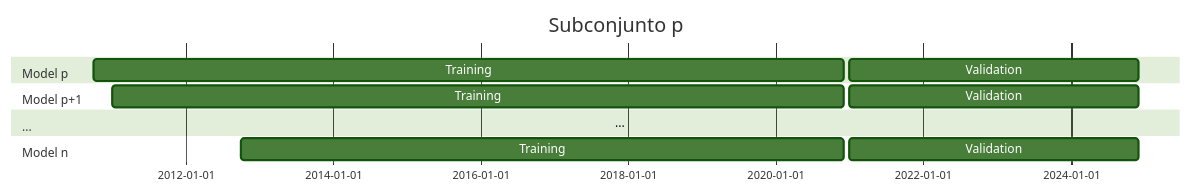
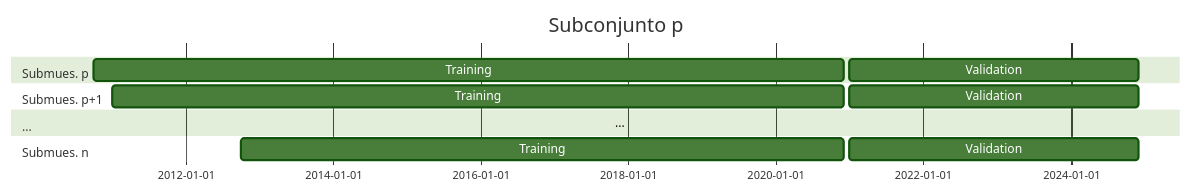
One commit to DIE-BG/DIE-BG.github.io changed the third of 3 diagrams in hefm/results/SVAR50_4B/SVAR50_forecast_OS_initialEstPeriod/forecast_OS_initialEstPeriod.qmd. Above: the diagram before and after it, drawn with Mermaid. The commit also changed other lines of this file and 2 other files, not shown here.

````diff
--- a/hefm/results/SVAR50_4B/SVAR50_forecast_OS_initialEstPeriod/forecast_OS_initialEstPeriod.qmd
+++ b/hefm/results/SVAR50_4B/SVAR50_forecast_OS_initialEstPeriod/forecast_OS_initialEstPeriod.qmd
@@ -174,28 +174,28 @@
 ```{mermaid}
 %%| fig-width: 6
 
 %%{
 init: {
   "gantt": {
   "displayMode":"compact"
   },
   "securityLevel": "loose",
   "theme": "forest"   
 }
 }%%
 gantt
     title Subconjunto p
     dateFormat  YYYY-MM
-    section Model p
+    section Submues. p
     Training           :a1, 2010-10, 122M
     Validation      :a2, 2021-01, 47M
-    section Model p+1
+    section Submues. p+1
     Training           :a1, 2011-01, 119M
     Validation      :a2, 2021-01, 47M
     section ...
     ... :a1, 2017-10-01, 
-    section Model n
+    section Submues. n
     Training          :a1, 2012-10, 98M
     Validation      :a2, 2021-01, 47M
 
 ```
````
